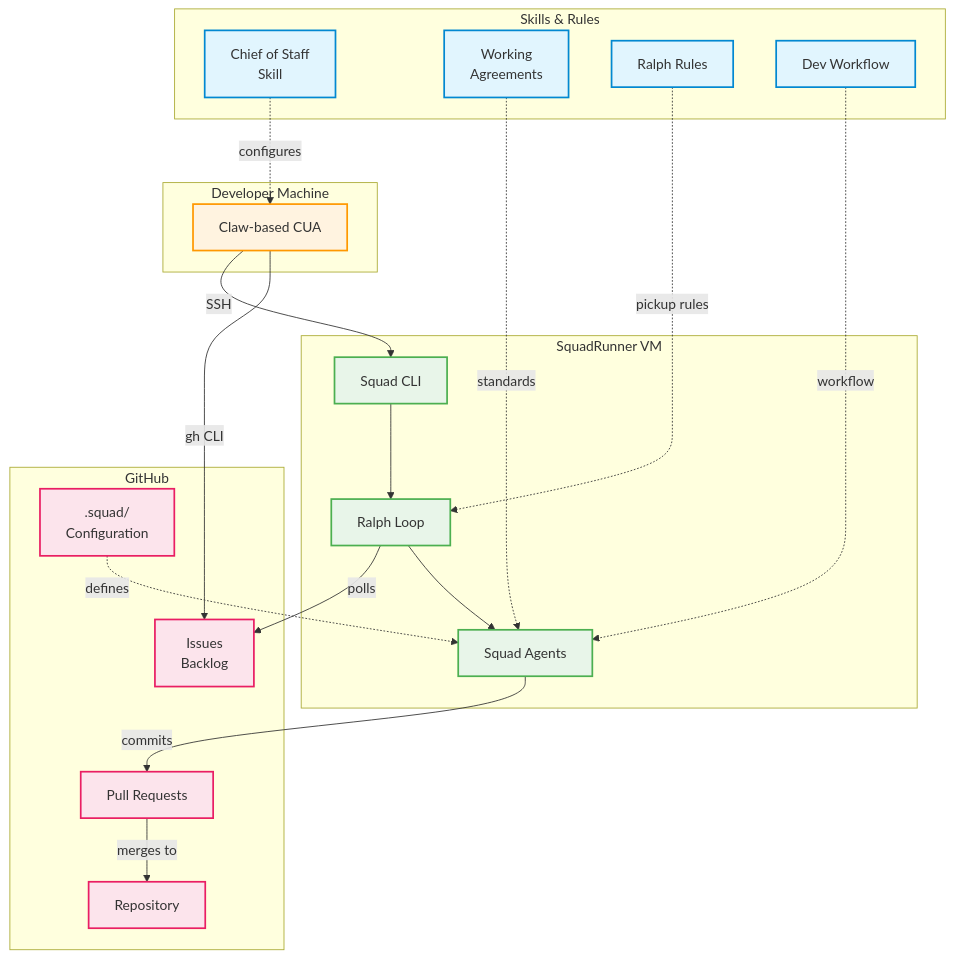
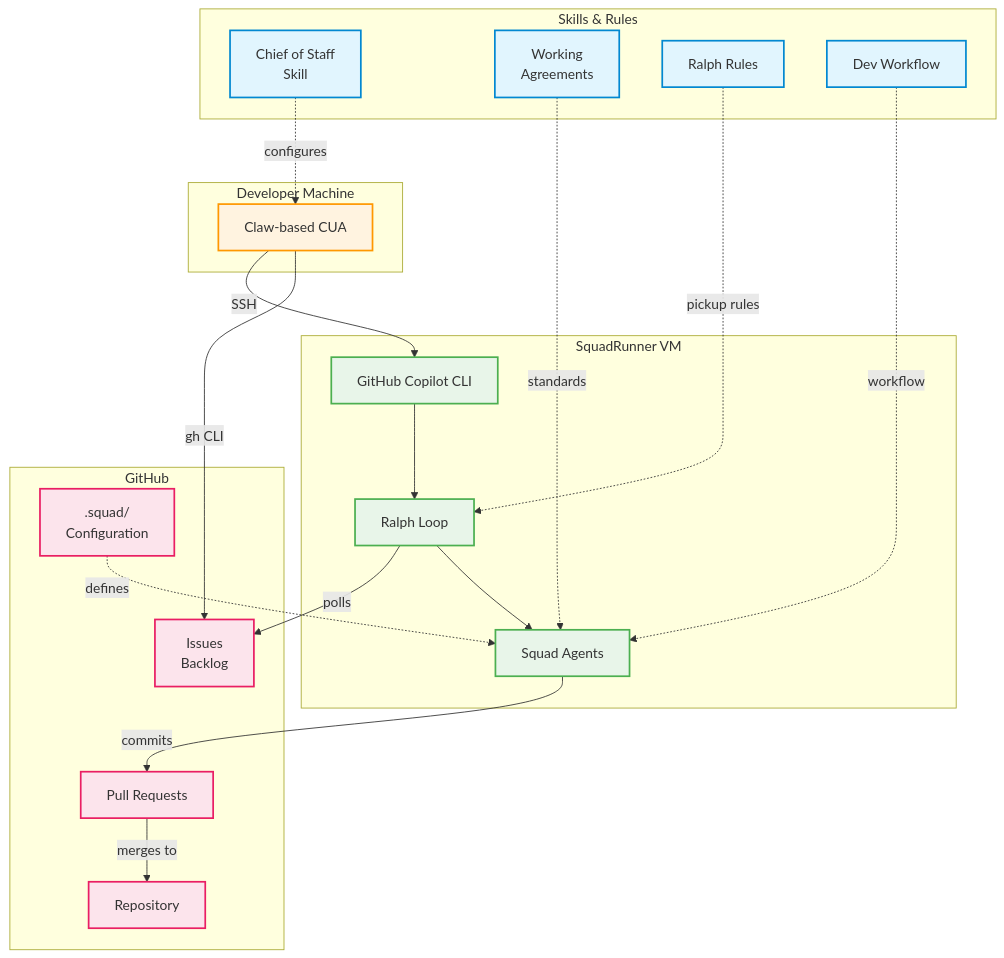
Before and after one commit to TheeUnderdog/SquadRunner: the first of 4 diagrams in docs/architecture.md, drawn with Mermaid. The commit also changed other lines of this file and 4 other files, not shown here.

First line of the commit message:
Clarify Squad CLI is GitHub Copilot CLI

````diff
--- a/docs/architecture.md
+++ b/docs/architecture.md
@@ -7,53 +7,53 @@
 ```mermaid
 flowchart TB
     subgraph Skills["Skills & Rules"]
         COS["Chief of Staff<br/>Skill"]
         WA["Working<br/>Agreements"]
         RR["Ralph Rules"]
         DW["Dev Workflow"]
     end
 
     subgraph Local["Developer Machine"]
         CUA["Claw-based CUA"]
     end
 
     subgraph VM["SquadRunner VM"]
-        CLI["Squad CLI"]
+        CLI["GitHub Copilot CLI"]
         RALPH["Ralph Loop"]
         AGENTS["Squad Agents"]
     end
 
     subgraph GH["GitHub"]
         REPO["Repository"]
         ISSUES["Issues<br/>Backlog"]
         PRS["Pull Requests"]
         SQUAD[".squad/<br/>Configuration"]
     end
 
     %% Skill inputs
     COS -.->|"configures"| CUA
     WA -.->|"standards"| AGENTS
     RR -.->|"pickup rules"| RALPH
     DW -.->|"workflow"| AGENTS
 
     %% Main flow
     CUA -->|"SSH"| CLI
     CUA -->|"gh CLI"| ISSUES
     CLI --> RALPH
     RALPH -->|"polls"| ISSUES
     RALPH --> AGENTS
     AGENTS -->|"commits"| PRS
     PRS -->|"merges to"| REPO
     SQUAD -.->|"defines"| AGENTS
 
     %% Styling
     classDef skill fill:#e1f5fe,stroke:#0288d1,stroke-width:2px
     classDef machine fill:#fff3e0,stroke:#ff9800,stroke-width:2px
     classDef vm fill:#e8f5e9,stroke:#4caf50,stroke-width:2px
     classDef github fill:#fce4ec,stroke:#e91e63,stroke-width:2px
 
     class COS,WA,RR,DW skill
     class CUA machine
     class CLI,RALPH,AGENTS vm
     class REPO,ISSUES,PRS,SQUAD github
 ```
````
